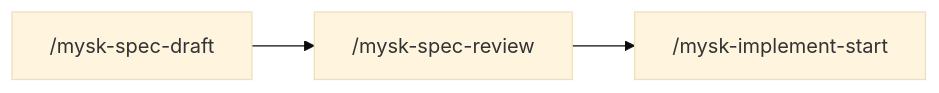
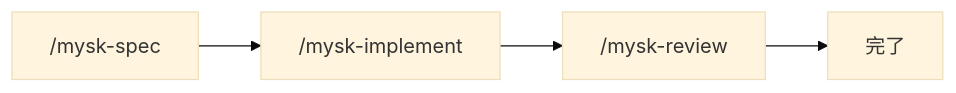
Before and after one commit to ainoobmenpg/claude-code-myskills: the diagram in README.md, drawn with Mermaid (base theme). The commit also changed other lines of this file and 29 other files, not shown here.

````diff
--- a/README.md
+++ b/README.md
@@ -269,5 +48,6 @@
 ```mermaid
 graph LR
-    A["/mysk-spec-draft"] --> B["/mysk-spec-review"]
-    B --> C["/mysk-implement-start"]
+    A["/mysk-spec"] --> B["/mysk-implement"]
+    B --> C["/mysk-review"]
+    C --> D["完了"]
 ```
````
